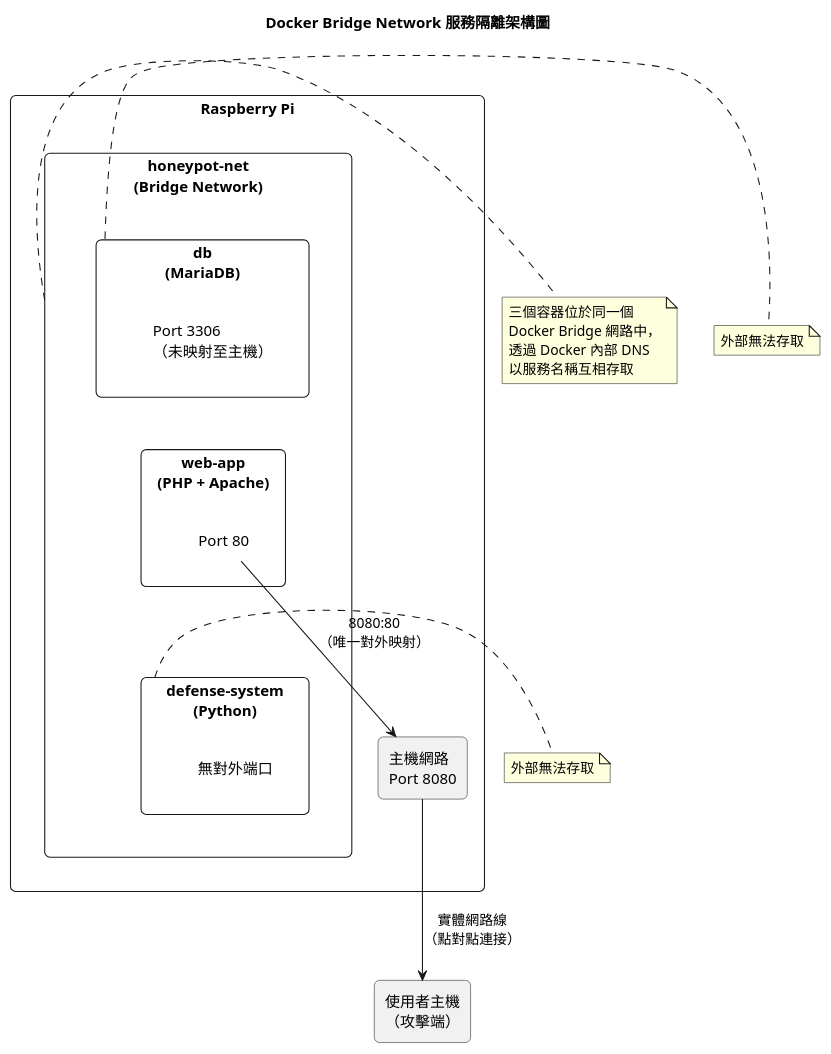
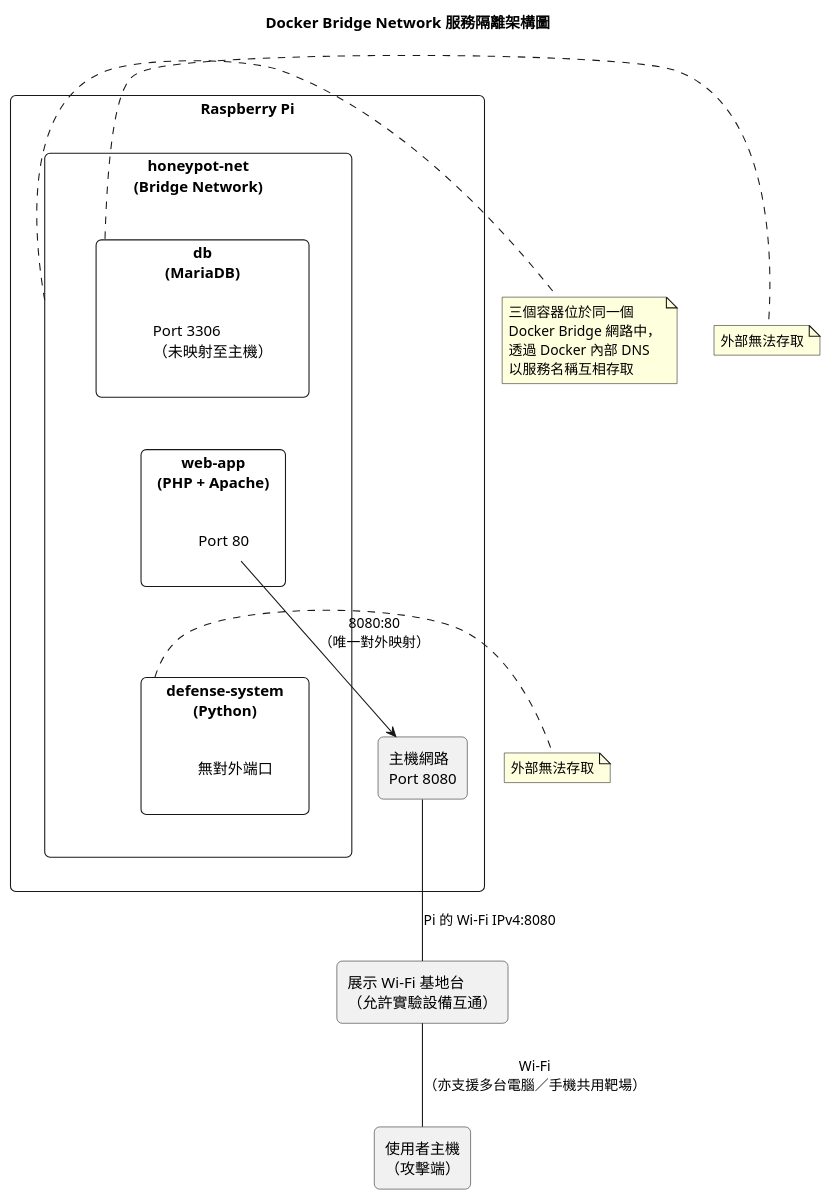
The diagram in docs/docker-network-diagram.puml (zyyuy0u/Physic-Flag-CTF), drawn with PlantUML before and after one commit. The commit also changed 10 other files, not shown here.

```diff
--- a/docs/docker-network-diagram.puml
+++ b/docs/docker-network-diagram.puml
@@ -1,52 +1,54 @@
 @startuml docker_network_diagram
 title Docker Bridge Network 服務隔離架構圖
 
 skinparam rectangle {
   RoundCorner 10
 }
 
 rectangle "Raspberry Pi" as rpi {
 
   rectangle "honeypot-net\n(Bridge Network)" as net {
 
     rectangle "db\n(MariaDB)" as db {
       label "Port 3306\n（未映射至主機）" as db_port
     }
 
     rectangle "web-app\n(PHP + Apache)" as web {
       label "Port 80" as web_port
     }
 
     rectangle "defense-system\n(Python)" as defense {
       label "無對外端口" as def_port
     }
 
     db <-[hidden]-> web
     web <-[hidden]-> defense
   }
 
   rectangle "主機網路\nPort 8080" as host_net
 
   web_port -down-> host_net : 8080:80\n（唯一對外映射）
 }
 
 rectangle "使用者主機\n（攻擊端）" as attacker
 
-host_net -down-> attacker : 實體網路線\n（點對點連接）
+rectangle "展示 Wi-Fi 基地台\n（允許實驗設備互通）" as ap
+host_net -down- ap : Pi 的 Wi-Fi IPv4:8080
+ap -down- attacker : Wi-Fi\n（亦支援多台電腦／手機共用靶場）
 
 note right of net
   三個容器位於同一個
   Docker Bridge 網路中，
   透過 Docker 內部 DNS
   以服務名稱互相存取
 end note
 
 note right of db
   外部無法存取
 end note
 
 note right of defense
   外部無法存取
 end note
 
 @enduml
```
